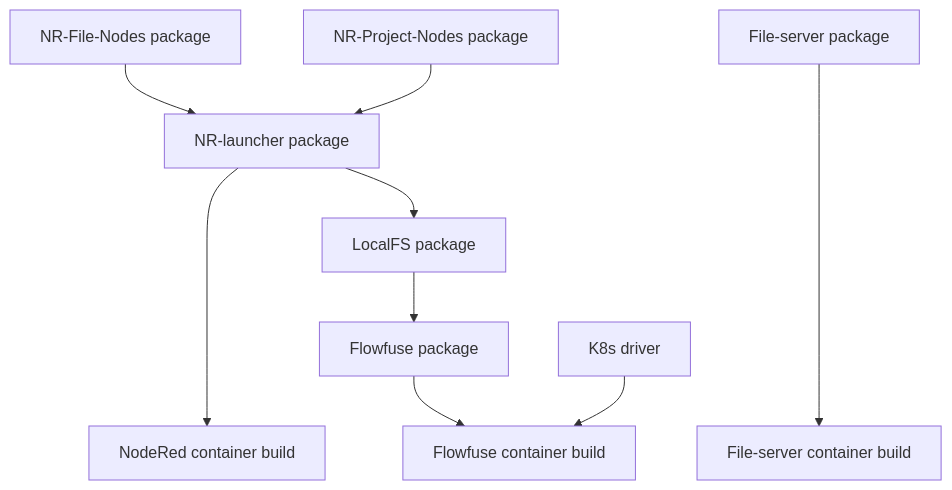
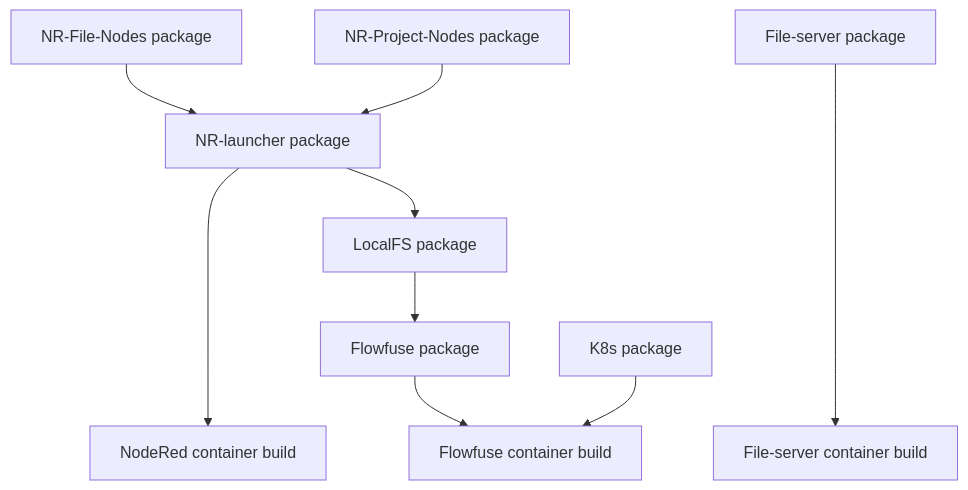
One commit to FlowFuse/website changed the diagram in src/handbook/development/ops/deployment.md. Above: the diagram before and after it, drawn with Mermaid.

Commit message:
Add links to the diagram

````diff
--- a/src/handbook/development/ops/deployment.md
+++ b/src/handbook/development/ops/deployment.md
@@ -9,10 +9,19 @@
 ```mermaid
 graph TB
     A[NR-File-Nodes package] & C[NR-Project-Nodes package] --> B[NR-launcher package]
     B ----> X[NodeRed container build]
     B --> D[LocalFS package]
     D --> E[Flowfuse package]
-    E & F[K8s driver] --> Y[Flowfuse container build]
+    E & F[K8s package] --> Y[Flowfuse container build]
     G[File-server package] -----> Z[File-server container build]
-
+    click A href "https://github.com/FlowFuse/nr-file-nodes/blob/main/.github/workflows/publish.yml" "NR-File-Nodes package" _blank
+    click B href "https://github.com/FlowFuse/nr-launcher/blob/main/.github/workflows/publish.yml" "NR-launcher package" _blank
+    click C href "https://github.com/FlowFuse/nr-project-nodes/blob/main/.github/workflows/publish.yml" _blank
+    click D href "https://github.com/FlowFuse/driver-localfs/blob/main/.github/workflows/publish.yml" _blank
+    click E href "https://github.com/FlowFuse/flowfuse/blob/main/.github/workflows/publish.yml" _blank
+    click F href "https://github.com/FlowFuse/driver-k8s/blob/main/.github/workflows/publish.yml" _blank
+    click G href "https://github.com/FlowFuse/file-server/blob/main/.github/workflows/publish.yml" _blank
+    click X href "https://github.com/FlowFuse/helm/blob/main/.github/workflows/nodered-container.yml" _blank
+    click Y href "https://github.com/FlowFuse/helm/blob/main/.github/workflows/flowforge-container.yml" _blank
+    click Z href "https://github.com/FlowFuse/helm/blob/main/.github/workflows/fileserver-container.yml" _blank
 ```
````
